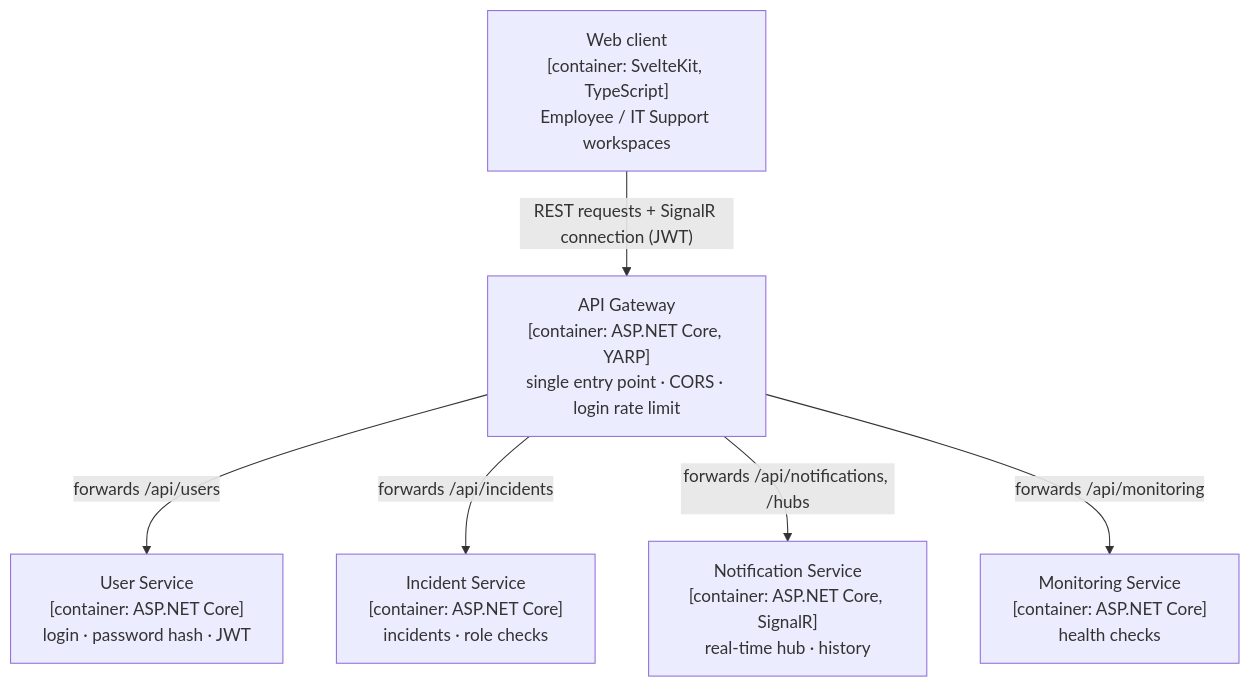
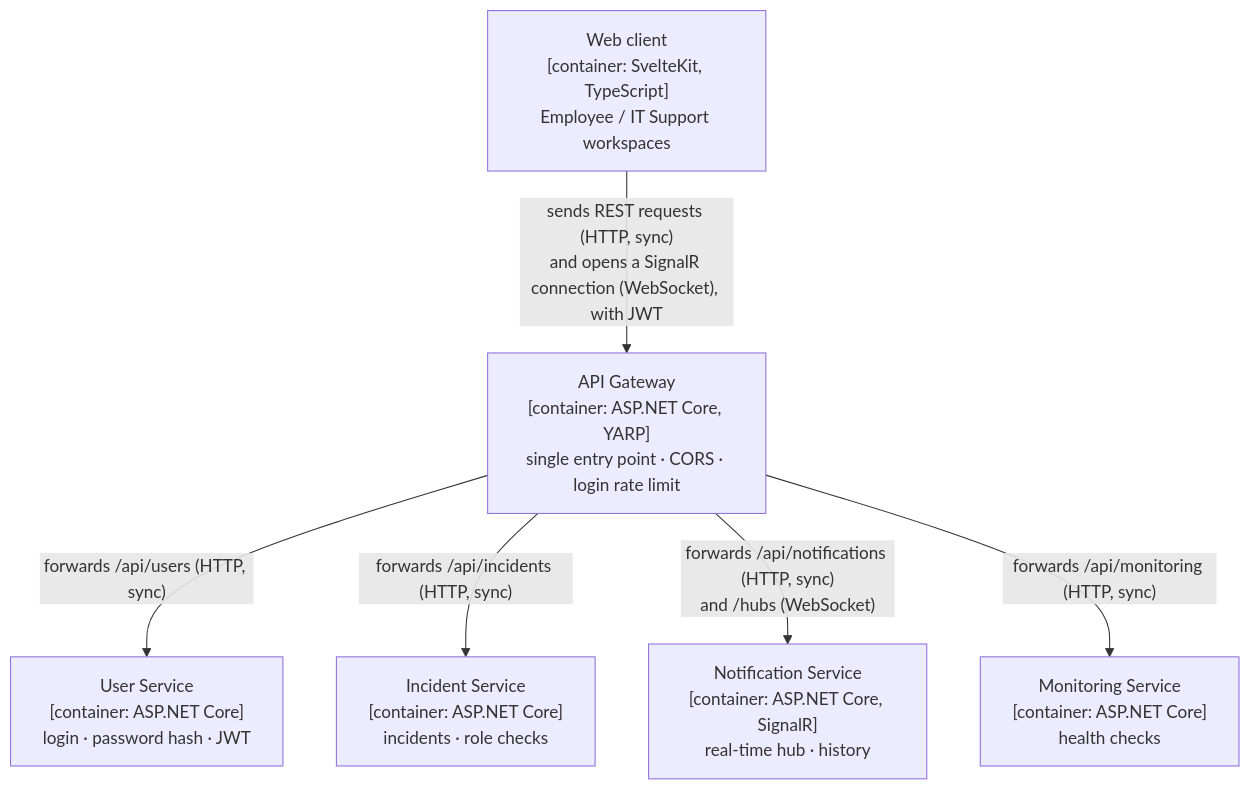
The diagram in project/docs/diagrams/01-architecture.mmd (merictopal/incident-management-system), drawn with Mermaid before and after one commit. The commit also changed 16 other files, not shown here.

Commit message:
Align diagrams with the course diagram rules and the code

```diff
--- a/project/docs/diagrams/01-architecture.mmd
+++ b/project/docs/diagrams/01-architecture.mmd
@@ -1,13 +1,13 @@
 flowchart TB
     client["Web client<br/>[container: SvelteKit, TypeScript]<br/>Employee / IT Support workspaces"]
     gateway["API Gateway<br/>[container: ASP.NET Core, YARP]<br/>single entry point · CORS · login rate limit"]
     user["User Service<br/>[container: ASP.NET Core]<br/>login · password hash · JWT"]
     incident["Incident Service<br/>[container: ASP.NET Core]<br/>incidents · role checks"]
     notification["Notification Service<br/>[container: ASP.NET Core, SignalR]<br/>real-time hub · history"]
     monitoring["Monitoring Service<br/>[container: ASP.NET Core]<br/>health checks"]
 
-    client -- "REST requests + SignalR connection (JWT)" --> gateway
-    gateway -- "forwards /api/users" --> user
-    gateway -- "forwards /api/incidents" --> incident
-    gateway -- "forwards /api/notifications, /hubs" --> notification
-    gateway -- "forwards /api/monitoring" --> monitoring
+    client -- "sends REST requests (HTTP, sync)<br/>and opens a SignalR connection (WebSocket), with JWT" --> gateway
+    gateway -- "forwards /api/users (HTTP, sync)" --> user
+    gateway -- "forwards /api/incidents (HTTP, sync)" --> incident
+    gateway -- "forwards /api/notifications (HTTP, sync)<br/>and /hubs (WebSocket)" --> notification
+    gateway -- "forwards /api/monitoring (HTTP, sync)" --> monitoring
```
